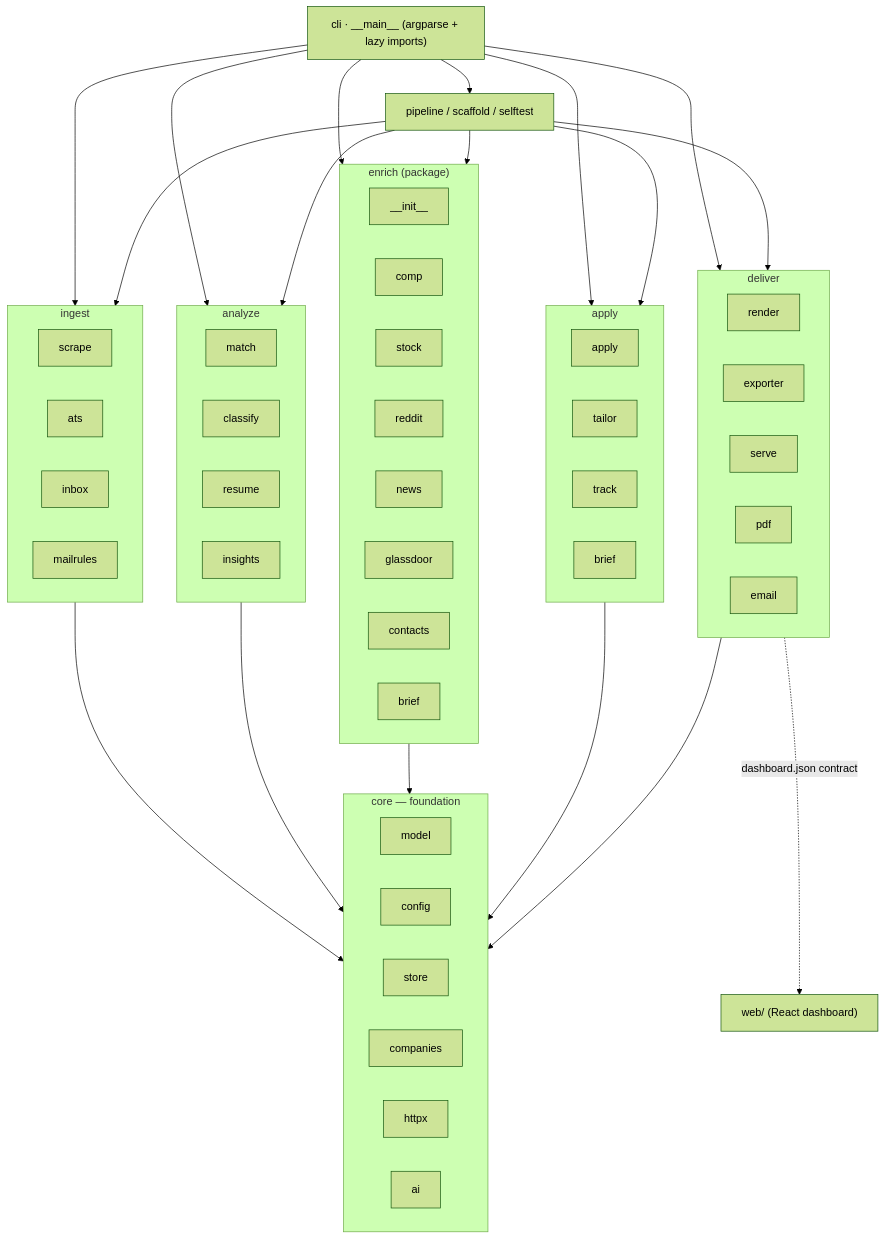
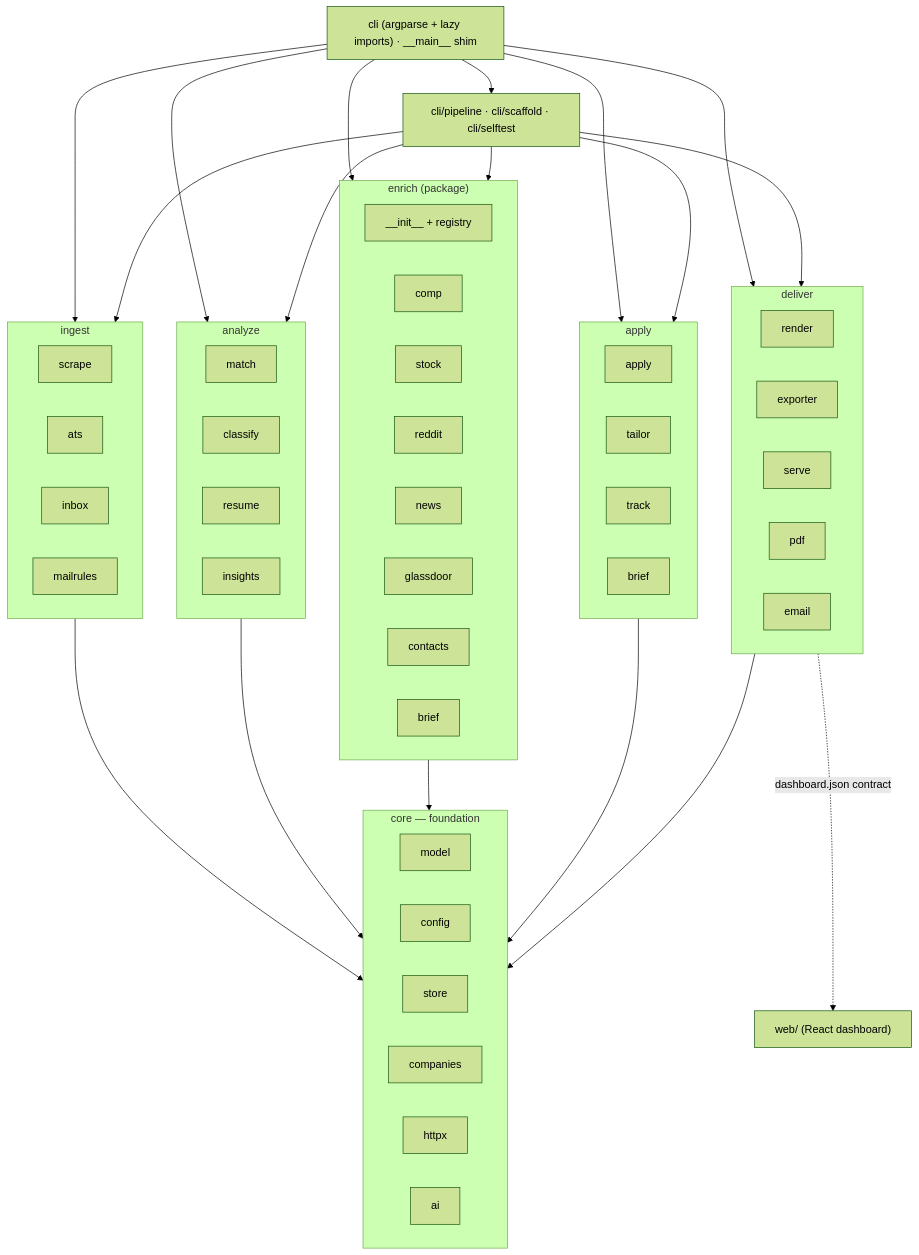
The first of 4 diagrams in ARCHITECTURE.md (rinz0x0cruz/jobscope), drawn with Mermaid (forest theme) before and after one commit. The commit also changed other lines of this file and 1 other file, not shown here.

First line of the commit message:
docs: reconcile ARCHITECTURE.md + AGENTS.md with shipped refactor

````diff
--- a/ARCHITECTURE.md
+++ b/ARCHITECTURE.md
@@ -49,59 +57,59 @@
 ```mermaid
 flowchart TB
-    CLI["cli · __main__ (argparse + lazy imports)"]
-    PIPE["pipeline / scaffold / selftest"]
+    CLI["cli (argparse + lazy imports) · __main__ shim"]
+    PIPE["cli/pipeline · cli/scaffold · cli/selftest"]
     CLI --> PIPE
 
     subgraph INGEST["ingest"]
         scrape
         ats
         inbox
         mailrules
     end
     subgraph ANALYZE["analyze"]
         match
         classify
         resume
         insights
     end
     subgraph ENRICH["enrich (package)"]
-        coordinator["__init__"]
+        coordinator["__init__ + registry"]
         comp
         stock
         reddit
         news
         glassdoor
         contacts
         ebrief["brief"]
     end
     subgraph APPLY["apply"]
         apply
         tailor
         track
         brief
     end
     subgraph DELIVER["deliver"]
         render
         exporter
         serve
         pdf
         email
     end
 
     CLI --> INGEST & ANALYZE & ENRICH & APPLY & DELIVER
     PIPE --> INGEST & ANALYZE & ENRICH & APPLY & DELIVER
 
     subgraph CORE["core — foundation"]
         model
         config
         store
         companies
         httpx
         ai
     end
 
     INGEST & ANALYZE & ENRICH & APPLY & DELIVER --> CORE
 
     WEB["web/ (React dashboard)"]
     DELIVER -. "dashboard.json contract" .-> WEB
 ```
````
